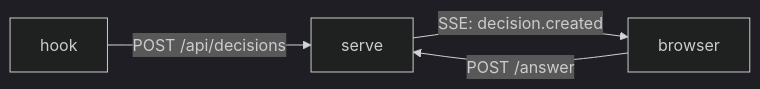
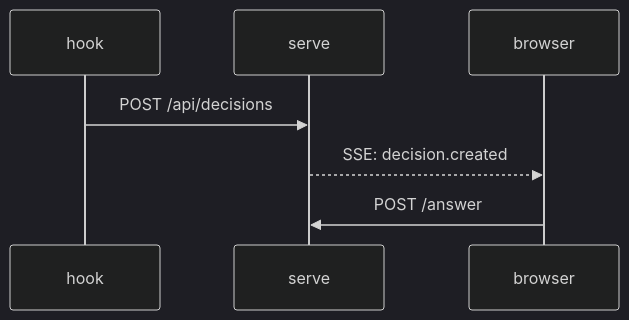
Before and after one commit to Asugawara/ukagai: the diagram in test/explain-fixtures/fail-against-weak.md, drawn with Mermaid (dark theme). The commit also changed 21 other files, not shown here.

````diff
--- a/test/explain-fixtures/fail-against-weak.md
+++ b/test/explain-fixtures/fail-against-weak.md
@@ -54,6 +54,6 @@
 ```mermaid
-flowchart LR
-  H[hook] -->|POST /api/decisions| S[serve]
-  S -->|SSE: decision.created| B[browser]
-  B -->|POST /answer| S
+sequenceDiagram
+  hook->>serve: POST /api/decisions
+  serve-->>browser: SSE: decision.created
+  browser->>serve: POST /answer
 ```
````
